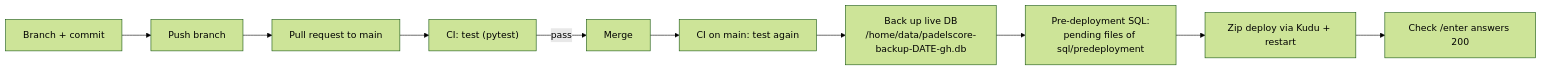
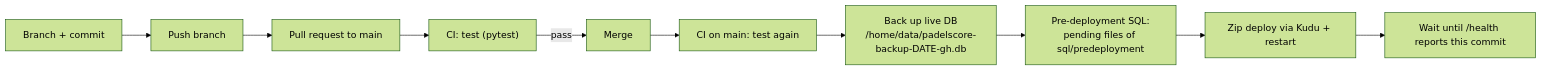
One commit to Sorrycion/PadelScore changed the diagram in docs/processes/DEPLOY.md. Above: the diagram before and after it, drawn with Mermaid (forest theme). The commit also changed other lines of this file and 16 other files, not shown here.

First line of the commit message:
Knowledge base: CLAUDE.md, skills, architecture diagrams; /health version check

````diff
--- a/docs/processes/DEPLOY.md
+++ b/docs/processes/DEPLOY.md
@@ -7,12 +7,12 @@
 ```mermaid
 flowchart LR
     A[Branch + commit] --> B[Push branch]
     B --> C[Pull request to main]
     C --> D["CI: test (pytest)"]
     D -- pass --> E[Merge]
     E --> F["CI on main: test again"]
     F --> G["Back up live DB<br/>/home/data/padelscore-backup-DATE-gh.db"]
     G --> P["Pre-deployment SQL:<br/>pending files of sql/predeployment"]
     P --> H[Zip deploy via Kudu + restart]
-    H --> I["Check /enter answers 200"]
+    H --> I["Wait until /health reports this commit"]
 ```
````
